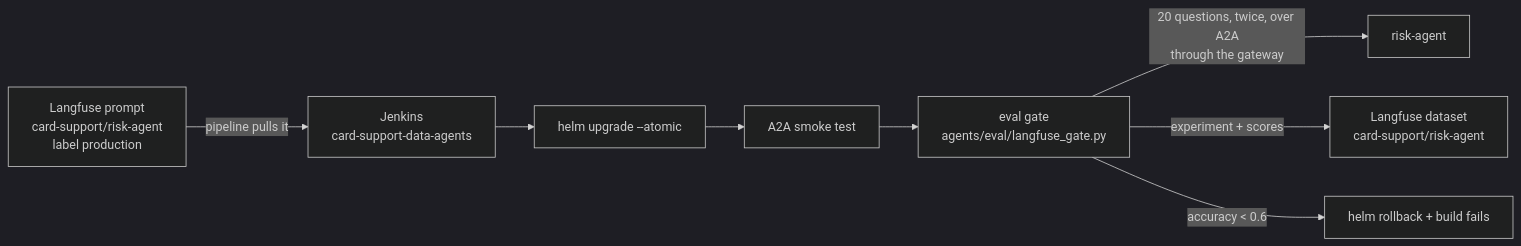
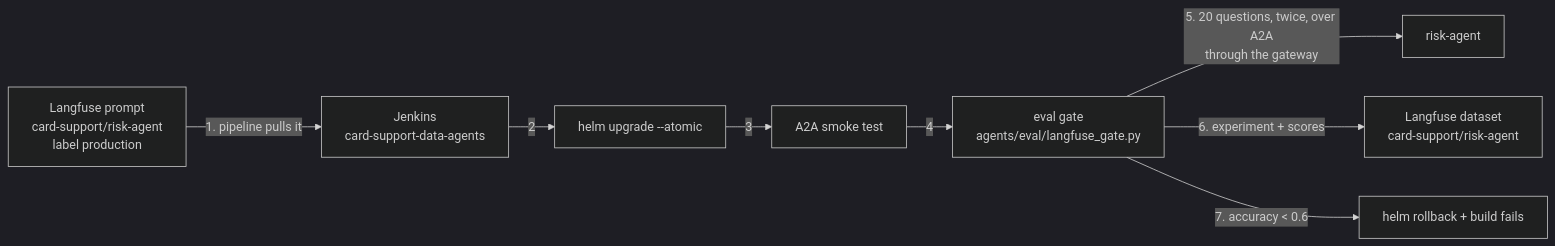
Before and after one commit to cvinhnguyen/card-fraud-platform: the diagram in docs/novel_eval_gate.md, drawn with Mermaid (dark theme). The commit also changed other lines of this file and 53 other files, not shown here.

First line of the commit message:
Fix agent smoke checks and document the three MCP servers' evidence

````diff
--- a/docs/novel_eval_gate.md
+++ b/docs/novel_eval_gate.md
@@ -13,8 +11,8 @@
 ```mermaid
 flowchart LR
-    lf["Langfuse prompt<br/>card-support/risk-agent<br/>label production"] -->|"pipeline pulls it"| j["Jenkins<br/>card-support-data-agents"]
-    j --> d["helm upgrade --atomic"] --> s["A2A smoke test"] --> g["eval gate<br/>agents/eval/langfuse_gate.py"]
-    g -->|"20 questions, twice, over A2A<br/>through the gateway"| ra["risk-agent"]
-    g -->|"experiment + scores"| ex["Langfuse dataset<br/>card-support/risk-agent"]
-    g -->|"accuracy < 0.6"| rb["helm rollback + build fails"]
+    lf["Langfuse prompt<br/>card-support/risk-agent<br/>label production"] -->|"1. pipeline pulls it"| j["Jenkins<br/>card-support-data-agents"]
+    j -->|"2"| d["helm upgrade --atomic"] -->|"3"| s["A2A smoke test"] -->|"4"| g["eval gate<br/>agents/eval/langfuse_gate.py"]
+    g -->|"5. 20 questions, twice, over A2A<br/>through the gateway"| ra["risk-agent"]
+    g -->|"6. experiment + scores"| ex["Langfuse dataset<br/>card-support/risk-agent"]
+    g -->|"7. accuracy < 0.6"| rb["helm rollback + build fails"]
 ```
````
